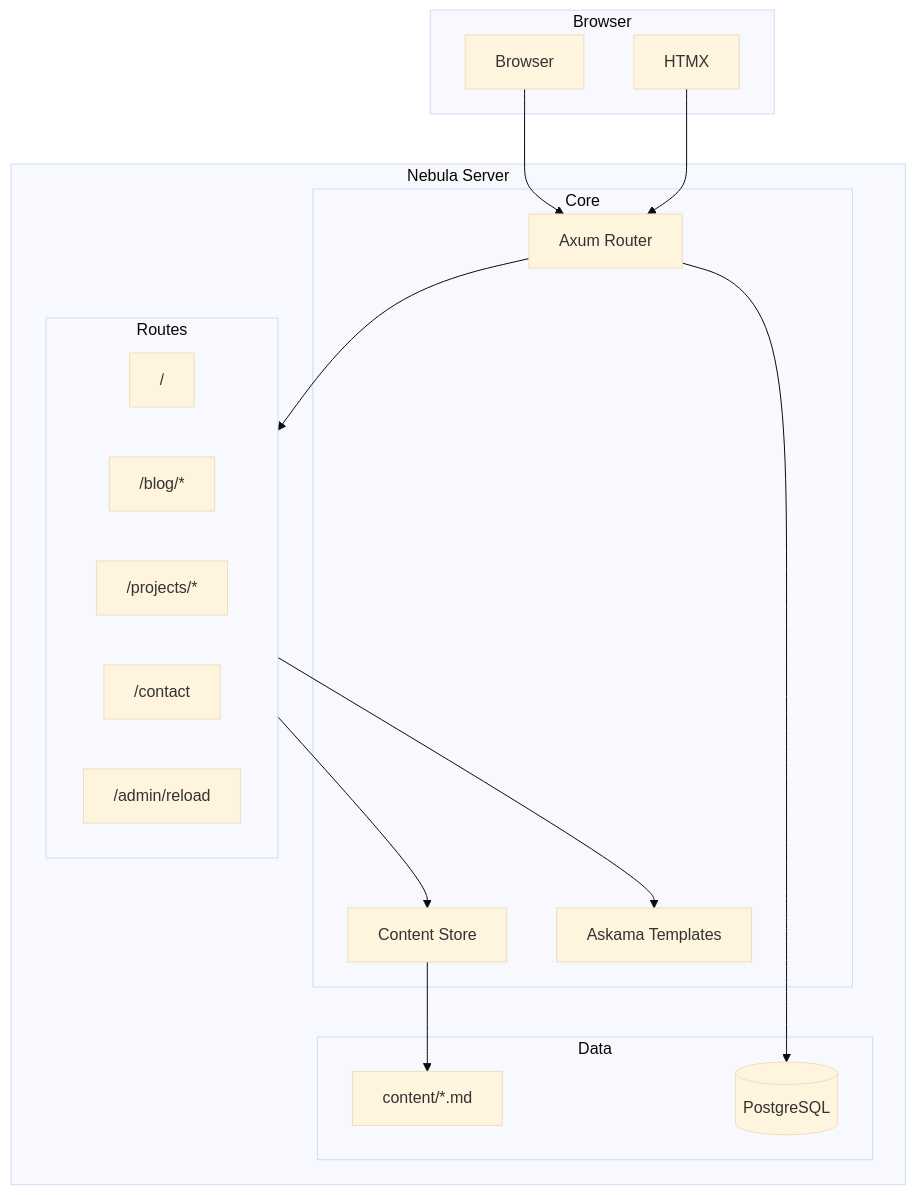
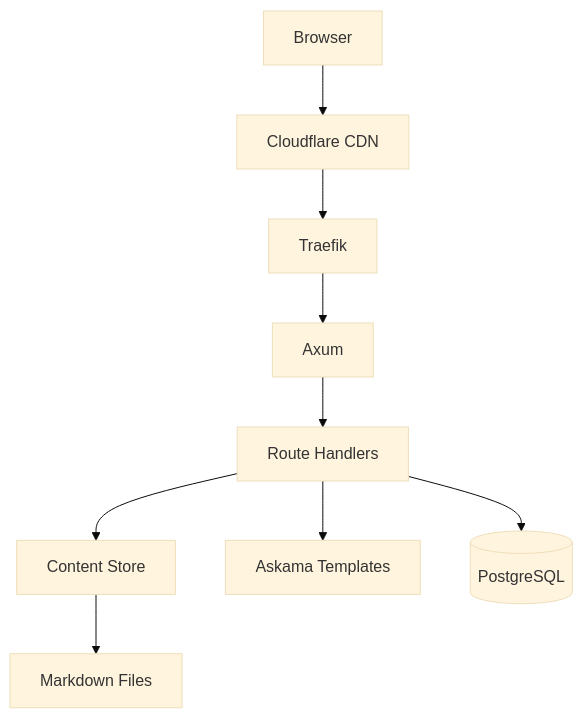
The first of 4 diagrams in content/projects/nebula.md (alnovis/nebula), drawn with Mermaid (base theme) before and after one commit. The commit also changed other lines of this file and 9 other files, not shown here.

````diff
--- a/content/projects/nebula.md
+++ b/content/projects/nebula.md
@@ -27,36 +27,14 @@
 ```mermaid
-flowchart TB
-    subgraph Client["Browser"]
-        B[Browser]
-        HX[HTMX]
-    end
+flowchart TD
+    BROWSER[Browser]
 
-    subgraph Server["Nebula Server"]
-        subgraph Routes["Routes"]
-            R1["/"]
-            R2["/blog/*"]
-            R3["/projects/*"]
-            R4["/contact"]
-            R5["/admin/reload"]
-        end
+    BROWSER --> CF[Cloudflare CDN]
+    CF --> TRAEFIK[Traefik]
+    TRAEFIK --> AXUM[Axum]
 
-        subgraph Core["Core"]
-            AX[Axum Router]
-            CS[Content Store]
-            TPL[Askama Templates]
-        end
-
-        subgraph Data["Data"]
-            MD["content/*.md"]
-            PG[(PostgreSQL)]
-        end
-    end
-
-    B --> AX
-    HX --> AX
-    AX --> Routes
-    Routes --> CS
-    Routes --> TPL
-    CS --> MD
-    AX --> PG
+    AXUM --> ROUTES[Route Handlers]
+    ROUTES --> CONTENT[Content Store]
+    ROUTES --> TPL[Askama Templates]
+    CONTENT --> MD[Markdown Files]
+    ROUTES --> DB[(PostgreSQL)]
 ```
````
